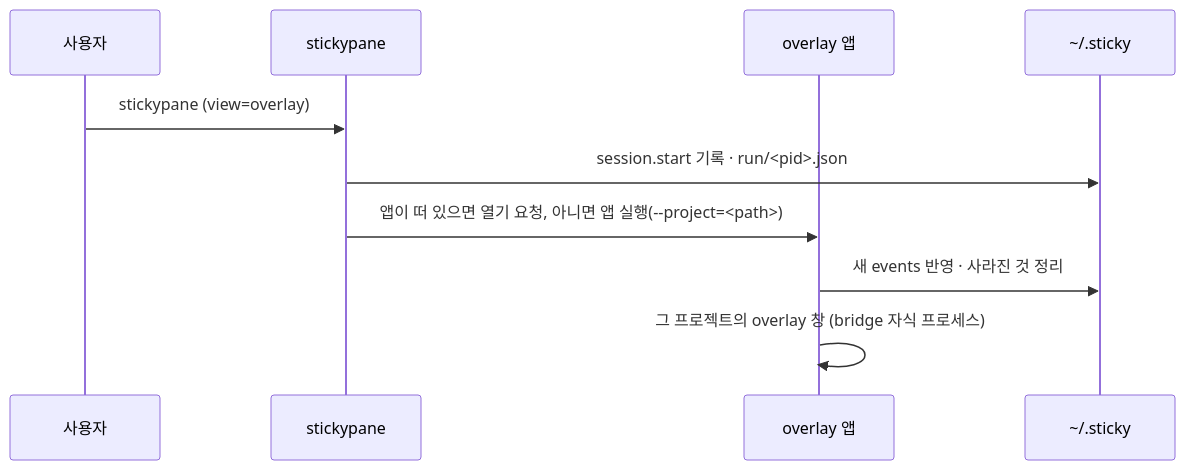
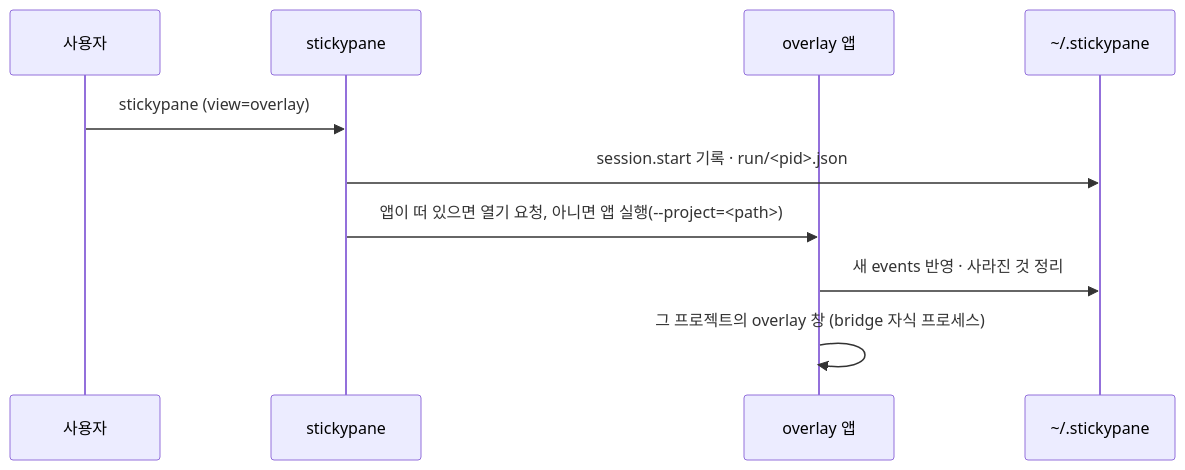
The third of 3 diagrams in docs/overlay/08-app-home-and-sessions.md (LeeSwallow/stickypane), drawn with Mermaid before and after one commit. The commit also changed other lines of this file and 12 other files, not shown here.

````diff
--- a/docs/overlay/08-app-home-and-sessions.md
+++ b/docs/overlay/08-app-home-and-sessions.md
@@ -200,12 +176,12 @@
 ```mermaid
 sequenceDiagram
   participant U as 사용자
   participant CLI as stickypane
   participant App as overlay 앱
-  participant Reg as ~/.sticky
+  participant Reg as ~/.stickypane
   U->>CLI: stickypane (view=overlay)
   CLI->>Reg: session.start 기록 · run/<pid>.json
   CLI->>App: 앱이 떠 있으면 열기 요청, 아니면 앱 실행(--project=<path>)
   App->>Reg: 새 events 반영 · 사라진 것 정리
   App->>App: 그 프로젝트의 overlay 창 (bridge 자식 프로세스)
 ```
````
